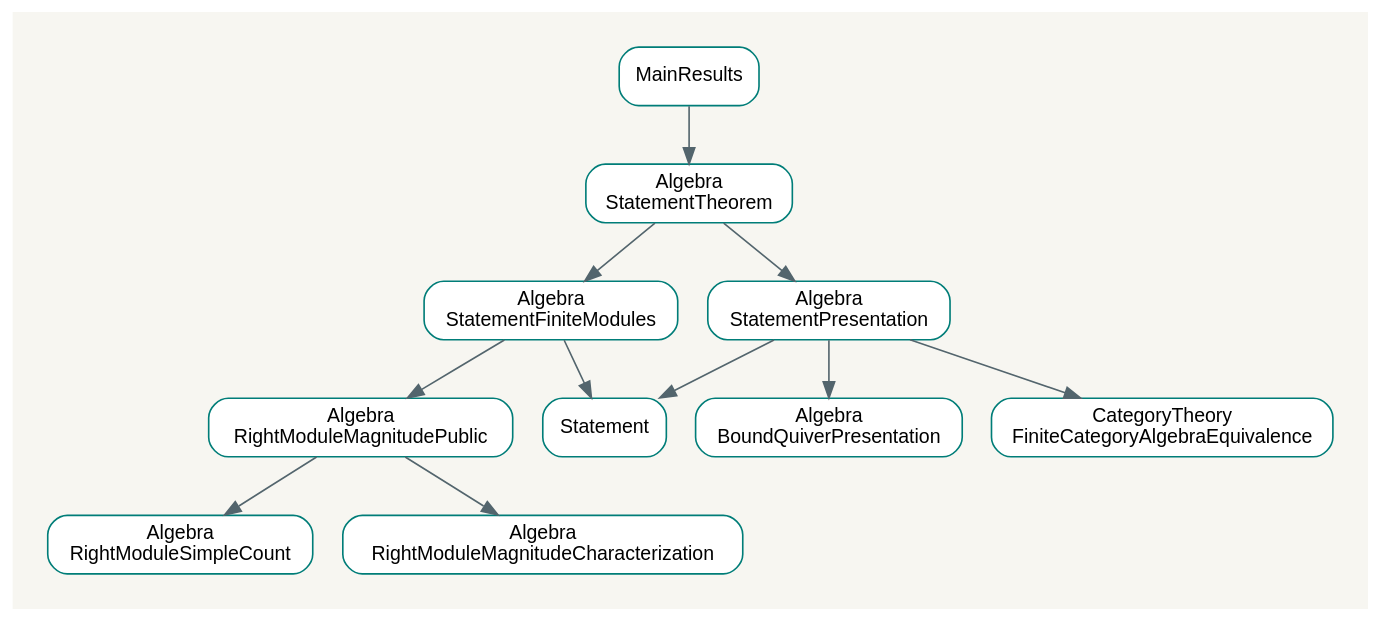
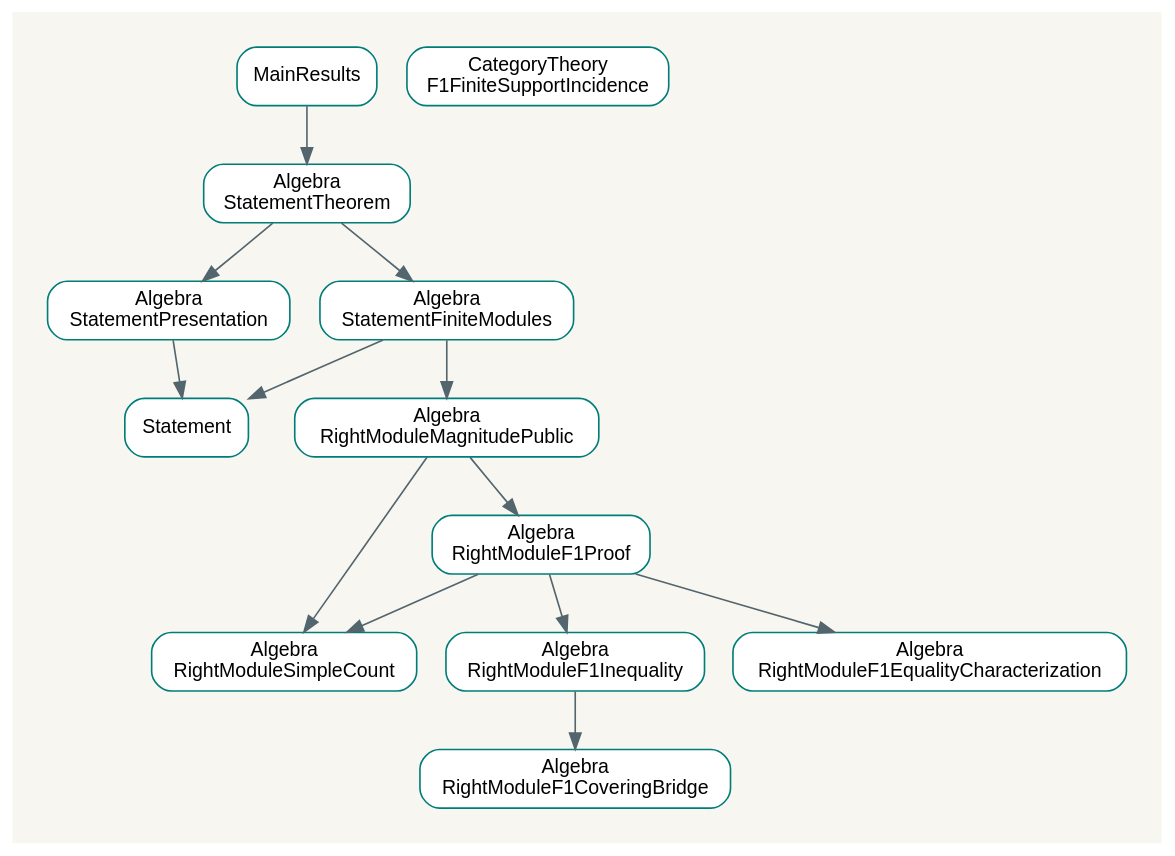
The diagram in website/assets/public-imports.dot (haruhisa-enomoto/magnitude-conjecture), drawn with Graphviz before and after one commit. The commit also changed 58 other files, not shown here.

```diff
--- a/website/assets/public-imports.dot
+++ b/website/assets/public-imports.dot
@@ -1,25 +1,29 @@
 digraph imports {
 rankdir=TB; bgcolor="#f7f6f1"; pad=0.3;
 node [shape=box, style="rounded,filled", fillcolor="white", color="#007d78", fontname="sans-serif", fontsize=12];
 edge [color="#53656d"];
 "MagnitudeConjecture.MainResults" [label="MainResults"];
 "MagnitudeConjecture.Statement" [label="Statement"];
 "MagnitudeConjecture.Algebra.StatementTheorem" [label="Algebra\nStatementTheorem"];
 "MagnitudeConjecture.Algebra.StatementFiniteModules" [label="Algebra\nStatementFiniteModules"];
 "MagnitudeConjecture.Algebra.StatementPresentation" [label="Algebra\nStatementPresentation"];
 "MagnitudeConjecture.Algebra.RightModuleMagnitudePublic" [label="Algebra\nRightModuleMagnitudePublic"];
 "MagnitudeConjecture.Algebra.RightModuleSimpleCount" [label="Algebra\nRightModuleSimpleCount"];
-"MagnitudeConjecture.Algebra.RightModuleMagnitudeCharacterization" [label="Algebra\nRightModuleMagnitudeCharacterization"];
-"MagnitudeConjecture.Algebra.BoundQuiverPresentation" [label="Algebra\nBoundQuiverPresentation"];
-"MagnitudeConjecture.CategoryTheory.FiniteCategoryAlgebraEquivalence" [label="CategoryTheory\nFiniteCategoryAlgebraEquivalence"];
+"MagnitudeConjecture.Algebra.RightModuleF1Proof" [label="Algebra\nRightModuleF1Proof"];
+"MagnitudeConjecture.Algebra.RightModuleF1Inequality" [label="Algebra\nRightModuleF1Inequality"];
+"MagnitudeConjecture.Algebra.RightModuleF1EqualityCharacterization" [label="Algebra\nRightModuleF1EqualityCharacterization"];
+"MagnitudeConjecture.Algebra.RightModuleF1CoveringBridge" [label="Algebra\nRightModuleF1CoveringBridge"];
+"MagnitudeConjecture.CategoryTheory.F1FiniteSupportIncidence" [label="CategoryTheory\nF1FiniteSupportIncidence"];
 "MagnitudeConjecture.MainResults" -> "MagnitudeConjecture.Algebra.StatementTheorem";
 "MagnitudeConjecture.Algebra.StatementTheorem" -> "MagnitudeConjecture.Algebra.StatementFiniteModules";
 "MagnitudeConjecture.Algebra.StatementTheorem" -> "MagnitudeConjecture.Algebra.StatementPresentation";
 "MagnitudeConjecture.Algebra.StatementFiniteModules" -> "MagnitudeConjecture.Statement";
 "MagnitudeConjecture.Algebra.StatementFiniteModules" -> "MagnitudeConjecture.Algebra.RightModuleMagnitudePublic";
 "MagnitudeConjecture.Algebra.StatementPresentation" -> "MagnitudeConjecture.Statement";
-"MagnitudeConjecture.Algebra.StatementPresentation" -> "MagnitudeConjecture.Algebra.BoundQuiverPresentation";
-"MagnitudeConjecture.Algebra.StatementPresentation" -> "MagnitudeConjecture.CategoryTheory.FiniteCategoryAlgebraEquivalence";
-"MagnitudeConjecture.Algebra.RightModuleMagnitudePublic" -> "MagnitudeConjecture.Algebra.RightModuleMagnitudeCharacterization";
+"MagnitudeConjecture.Algebra.RightModuleMagnitudePublic" -> "MagnitudeConjecture.Algebra.RightModuleF1Proof";
 "MagnitudeConjecture.Algebra.RightModuleMagnitudePublic" -> "MagnitudeConjecture.Algebra.RightModuleSimpleCount";
+"MagnitudeConjecture.Algebra.RightModuleF1Proof" -> "MagnitudeConjecture.Algebra.RightModuleF1Inequality";
+"MagnitudeConjecture.Algebra.RightModuleF1Proof" -> "MagnitudeConjecture.Algebra.RightModuleF1EqualityCharacterization";
+"MagnitudeConjecture.Algebra.RightModuleF1Proof" -> "MagnitudeConjecture.Algebra.RightModuleSimpleCount";
+"MagnitudeConjecture.Algebra.RightModuleF1Inequality" -> "MagnitudeConjecture.Algebra.RightModuleF1CoveringBridge";
 }
```
